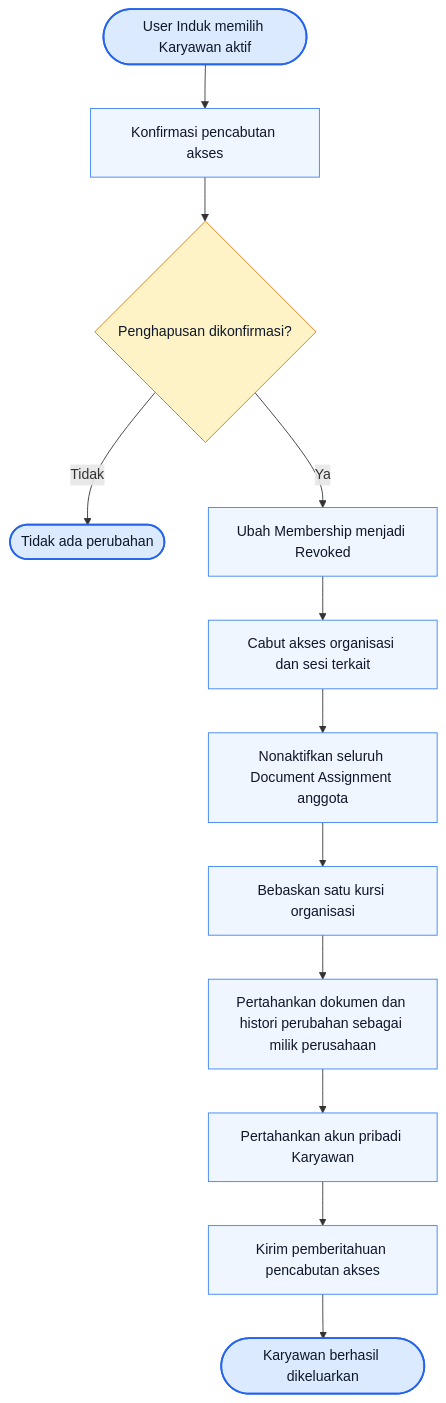
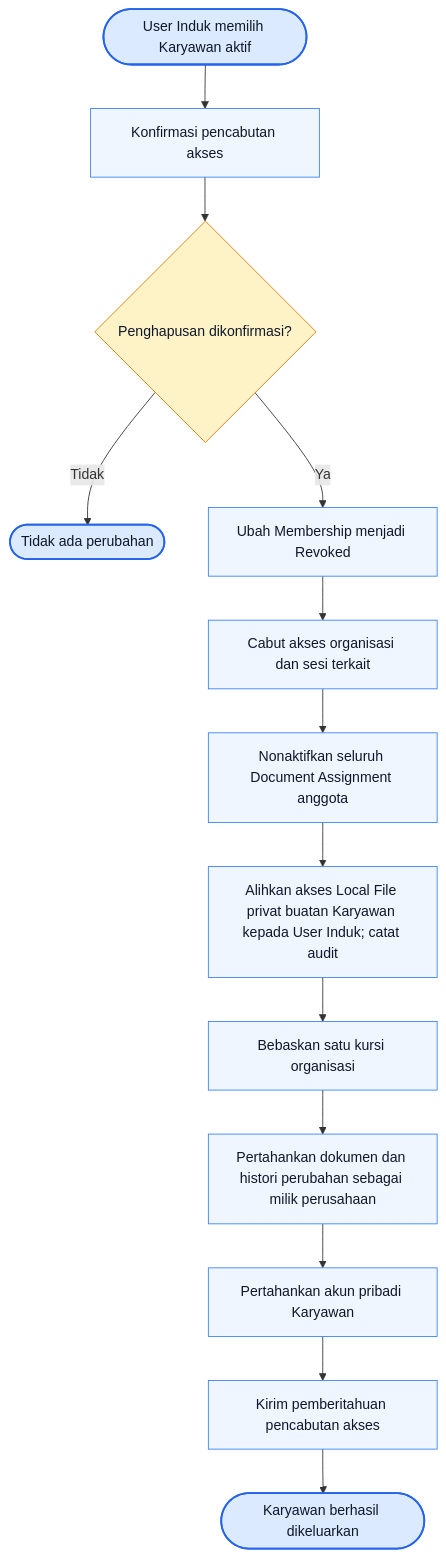
Before and after one commit to dayatmuc/tp-docs-documentation: the seventh of 8 diagrams in 02-With-Consultant/03-Business-Flow/05-Membership-Organization.md, drawn with Mermaid. The commit also changed other lines of this file and 35 other files, not shown here.

First line of the commit message:
feat(docs): selaraskan hak Karyawan mengelola Local File pada kedua varian

````diff
--- a/02-With-Consultant/03-Business-Flow/05-Membership-Organization.md
+++ b/02-With-Consultant/03-Business-Flow/05-Membership-Organization.md
@@ -193,21 +193,22 @@
 ```mermaid
 flowchart TD
     REMOVE_START([User Induk memilih Karyawan aktif]) --> REMOVE_CONFIRM[Konfirmasi pencabutan akses]
     REMOVE_CONFIRM --> REMOVE_OK{"Penghapusan dikonfirmasi?"}
     REMOVE_OK -- "Tidak" --> REMOVE_END([Tidak ada perubahan])
     REMOVE_OK -- "Ya" --> REMOVE_MEMBER[Ubah Membership menjadi Revoked]
     REMOVE_MEMBER --> REMOVE_SESSION[Cabut akses organisasi dan sesi terkait]
     REMOVE_SESSION --> REMOVE_ASSIGN[Nonaktifkan seluruh Document Assignment anggota]
-    REMOVE_ASSIGN --> REMOVE_SEAT[Bebaskan satu kursi organisasi]
+    REMOVE_ASSIGN --> REMOVE_TAKEOVER[Alihkan akses Local File privat buatan Karyawan kepada User Induk; catat audit]
+    REMOVE_TAKEOVER --> REMOVE_SEAT[Bebaskan satu kursi organisasi]
     REMOVE_SEAT --> REMOVE_KEEP[Pertahankan dokumen dan histori perubahan sebagai milik perusahaan]
     REMOVE_KEEP --> REMOVE_ACCOUNT[Pertahankan akun pribadi Karyawan]
     REMOVE_ACCOUNT --> REMOVE_NOTIFY[Kirim pemberitahuan pencabutan akses]
     REMOVE_NOTIFY --> REMOVE_DONE([Karyawan berhasil dikeluarkan])
 
     classDef startend fill:#dbeafe,stroke:#2563eb,color:#0f172a,stroke-width:2px;
     classDef process fill:#eff6ff,stroke:#3b82f6,color:#0f172a;
     classDef decision fill:#fef3c7,stroke:#d97706,color:#0f172a;
     class REMOVE_START,REMOVE_END,REMOVE_DONE startend;
-    class REMOVE_CONFIRM,REMOVE_MEMBER,REMOVE_SESSION,REMOVE_ASSIGN,REMOVE_SEAT,REMOVE_KEEP,REMOVE_ACCOUNT,REMOVE_NOTIFY process;
+    class REMOVE_CONFIRM,REMOVE_MEMBER,REMOVE_SESSION,REMOVE_ASSIGN,REMOVE_TAKEOVER,REMOVE_SEAT,REMOVE_KEEP,REMOVE_ACCOUNT,REMOVE_NOTIFY process;
     class REMOVE_OK decision;
 ```
````
